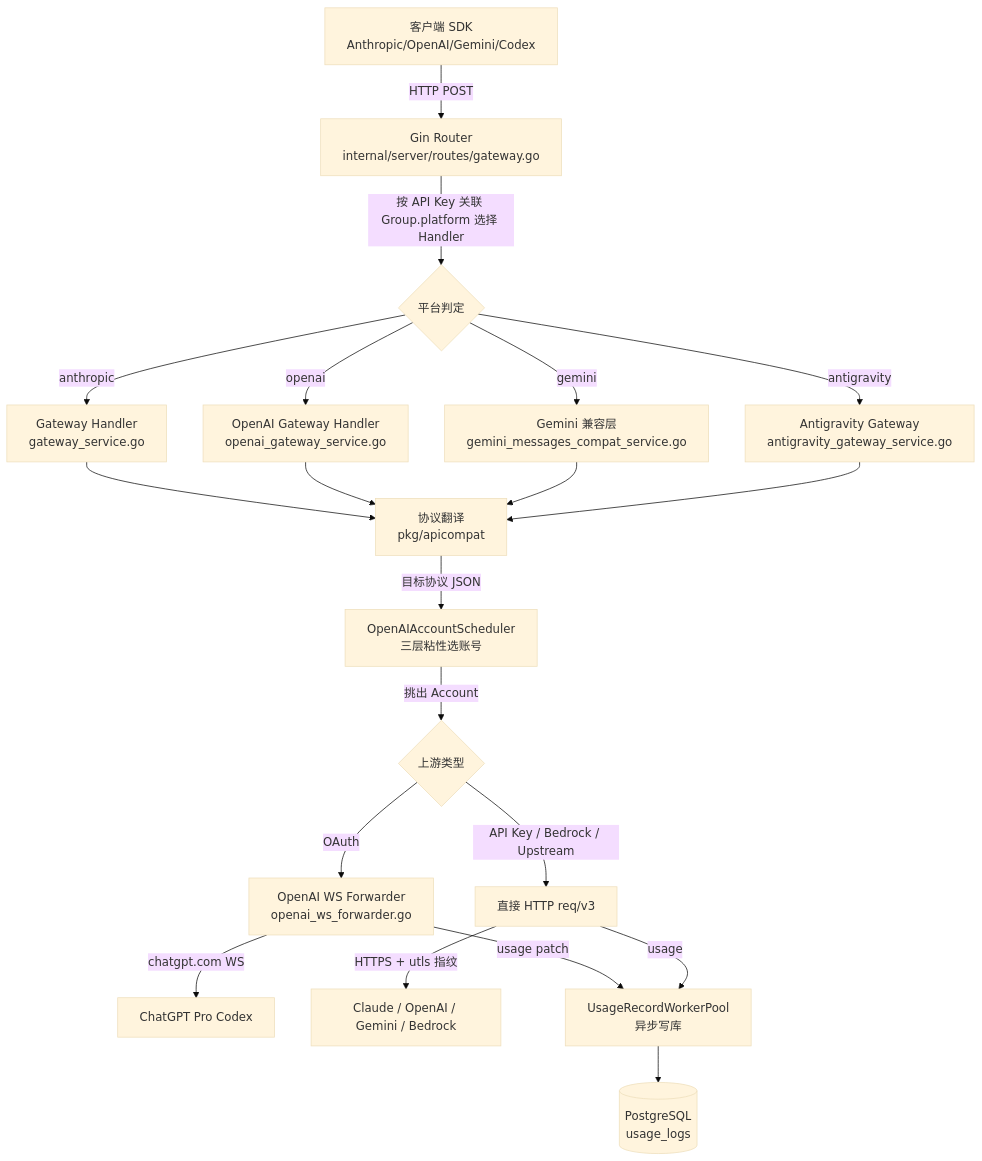
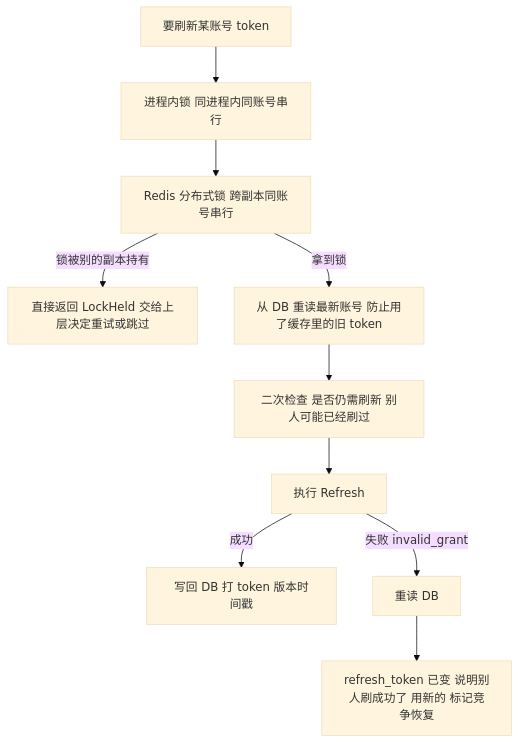
The fourth of 4 diagrams in book/03-sub2api.md (diguike/book-source-reading), drawn with Mermaid (base theme) before and after one commit. The commit also changed other lines of this file and 7 other files, not shown here.

````diff
--- a/book/03-sub2api.md
+++ b/book/03-sub2api.md
@@ -56,22 +332,12 @@
 ```mermaid
 graph TB
-    A[客户端 SDK<br/>Anthropic/OpenAI/Gemini/Codex] -->|HTTP POST| B[Gin Router<br/>internal/server/routes/gateway.go]
-    B -->|按 API Key 关联 Group.platform 选择 Handler| C{平台判定}
-    C -->|anthropic| D[Gateway Handler<br/>gateway_service.go]
-    C -->|openai| E[OpenAI Gateway Handler<br/>openai_gateway_service.go]
-    C -->|gemini| F[Gemini 兼容层<br/>gemini_messages_compat_service.go]
-    C -->|antigravity| G[Antigravity Gateway<br/>antigravity_gateway_service.go]
-    D --> H[协议翻译<br/>pkg/apicompat]
-    E --> H
-    F --> H
-    G --> H
-    H -->|目标协议 JSON| I[OpenAIAccountScheduler<br/>三层粘性选账号]
-    I -->|挑出 Account| J{上游类型}
-    J -->|OAuth| K[OpenAI WS Forwarder<br/>openai_ws_forwarder.go]
-    J -->|API Key / Bedrock / Upstream| L[直接 HTTP req/v3]
-    K -->|chatgpt.com WS| M[ChatGPT Pro Codex]
-    L -->|HTTPS + utls 指纹| N[Claude / OpenAI / Gemini / Bedrock]
-    K -->|usage patch| O[UsageRecordWorkerPool<br/>异步写库]
-    L -->|usage| O
-    O --> P[(PostgreSQL<br/>usage_logs)]
+    A[要刷新某账号 token] --> B[进程内锁 同进程内同账号串行]
+    B --> C[Redis 分布式锁 跨副本同账号串行]
+    C -->|锁被别的副本持有| D[直接返回 LockHeld 交给上层决定重试或跳过]
+    C -->|拿到锁| E[从 DB 重读最新账号 防止用了缓存里的旧 token]
+    E --> F[二次检查 是否仍需刷新 别人可能已经刷过]
+    F --> G[执行 Refresh]
+    G -->|成功| J[写回 DB 打 token 版本时间戳]
+    G -->|失败 invalid_grant| H[重读 DB]
+    H --> I[refresh_token 已变 说明别人刷成功了 用新的 标记竞争恢复]
 ```
````
